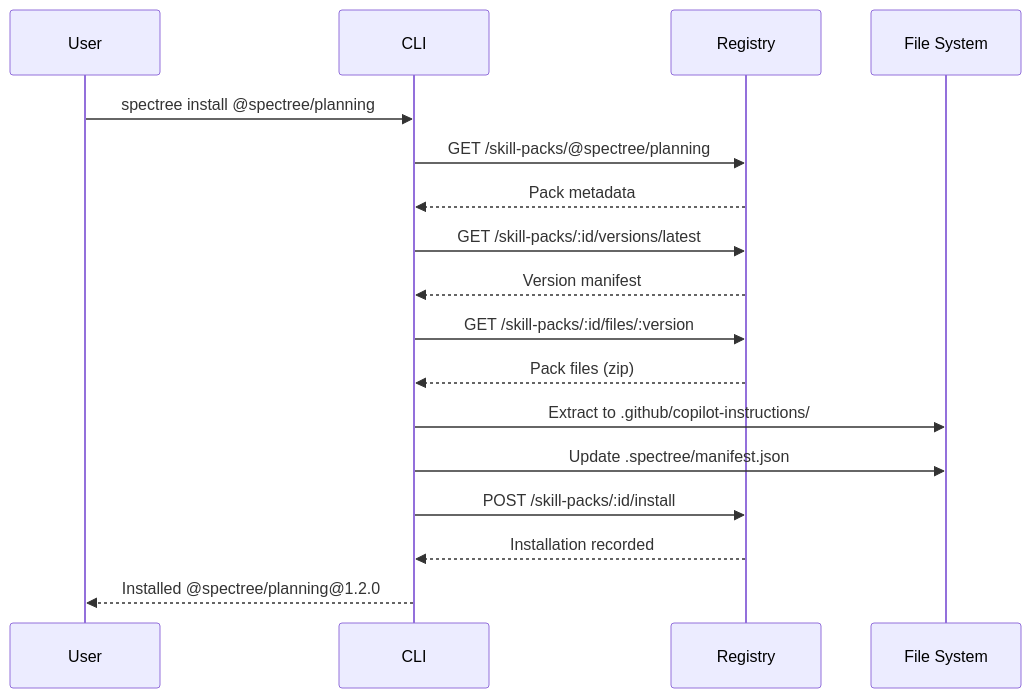
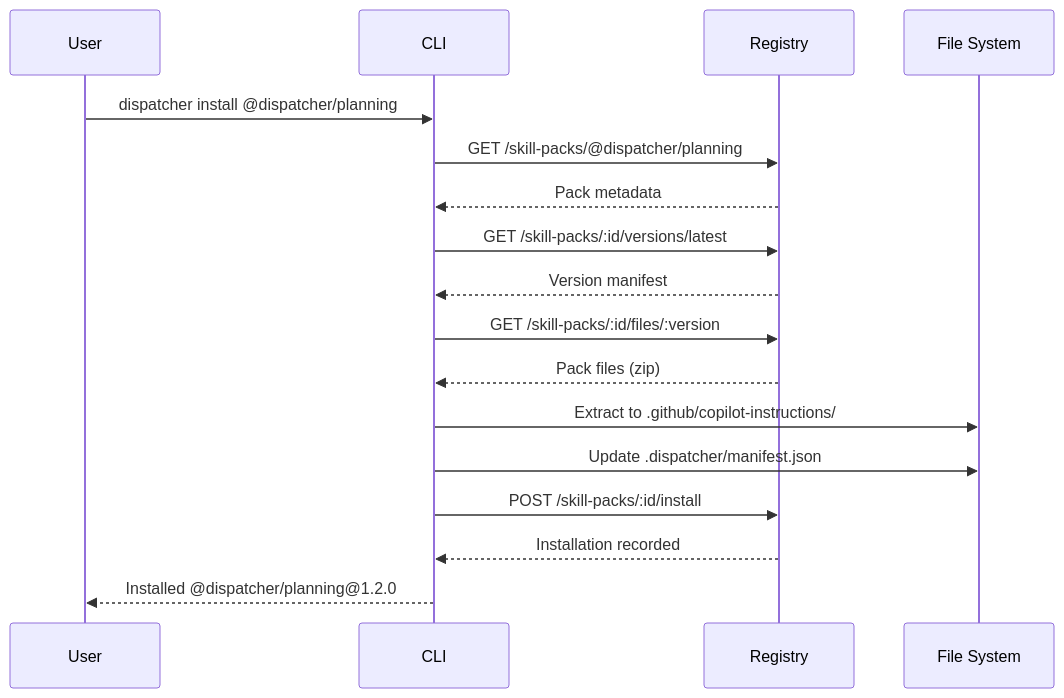
One commit to agorsky/SpecTree changed the fourth of 6 diagrams in docs/architecture/skill-packs.md. Above: the diagram before and after it, drawn with Mermaid. The commit also changed other lines of this file and 91 other files, not shown here.

````diff
--- a/docs/architecture/skill-packs.md
+++ b/docs/architecture/skill-packs.md
@@ -270,20 +270,20 @@
 ```mermaid
 sequenceDiagram
     participant User
     participant CLI
     participant Registry
     participant FS as File System
     
-    User->>CLI: spectree install @spectree/planning
-    CLI->>Registry: GET /skill-packs/@spectree/planning
+    User->>CLI: dispatcher install @dispatcher/planning
+    CLI->>Registry: GET /skill-packs/@dispatcher/planning
     Registry-->>CLI: Pack metadata
     CLI->>Registry: GET /skill-packs/:id/versions/latest
     Registry-->>CLI: Version manifest
     CLI->>Registry: GET /skill-packs/:id/files/:version
     Registry-->>CLI: Pack files (zip)
     CLI->>FS: Extract to .github/copilot-instructions/
-    CLI->>FS: Update .spectree/manifest.json
+    CLI->>FS: Update .dispatcher/manifest.json
     CLI->>Registry: POST /skill-packs/:id/install
     Registry-->>CLI: Installation recorded
-    CLI-->>User: Installed @spectree/planning@1.2.0
+    CLI-->>User: Installed @dispatcher/planning@1.2.0
 ```
````
